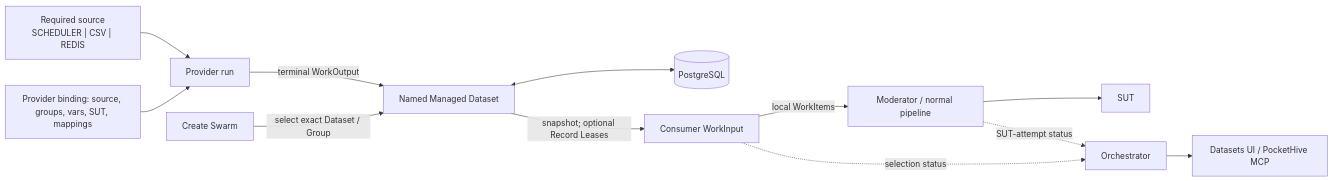
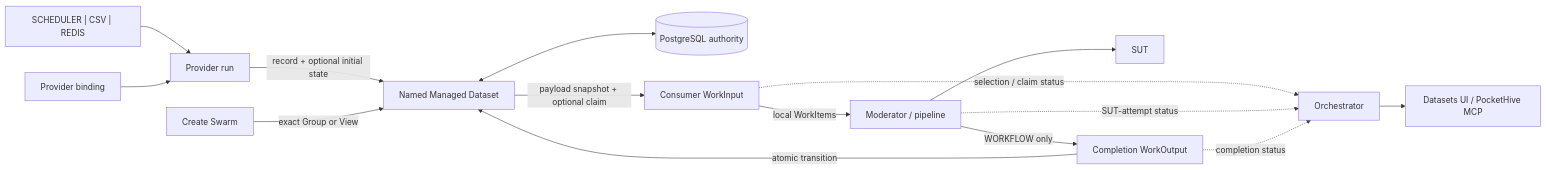
Before and after one commit to sepa79/PocketHive: the diagram in docs/inProgress/managed-datasets-team-design-overview.md, drawn with Mermaid. The commit also changed other lines of this file and 2 other files, not shown here.

````diff
--- a/docs/inProgress/managed-datasets-team-design-overview.md
+++ b/docs/inProgress/managed-datasets-team-design-overview.md
@@ -115,14 +131,17 @@
 ```mermaid
 flowchart LR
-  PS["Required source<br/>SCHEDULER | CSV | REDIS"] --> P["Provider run"]
-  B["Provider binding: source, groups, vars, SUT, mappings"] --> P
-  P -->|"terminal WorkOutput"| D["Named Managed Dataset"]
-  D <--> PG[("PostgreSQL")]
-  CS["Create Swarm"] -->|"select exact Dataset / Group"| D
-  D -->|"snapshot; optional Record Leases"| C["Consumer WorkInput"]
-  C -->|"local WorkItems"| M["Moderator / normal pipeline"]
+  PS["SCHEDULER | CSV | REDIS"] --> P["Provider run"]
+  B["Provider binding"] --> P
+  P -->|"record + optional initial state"| D["Named Managed Dataset"]
+  D <--> PG[("PostgreSQL authority")]
+  CS["Create Swarm"] -->|"exact Group or View"| D
+  D -->|"payload snapshot + optional claim"| C["Consumer WorkInput"]
+  C -->|"local WorkItems"| M["Moderator / pipeline"]
   M --> SUT["SUT"]
-  C -.->|"selection status"| O["Orchestrator"]
+  M -->|"WORKFLOW only"| W["Completion WorkOutput"]
+  W -->|"atomic transition"| D
+  C -.->|"selection / claim status"| O["Orchestrator"]
   M -.->|"SUT-attempt status"| O
+  W -.->|"completion status"| O
   O --> V["Datasets UI / PocketHive MCP"]
 ```
````
